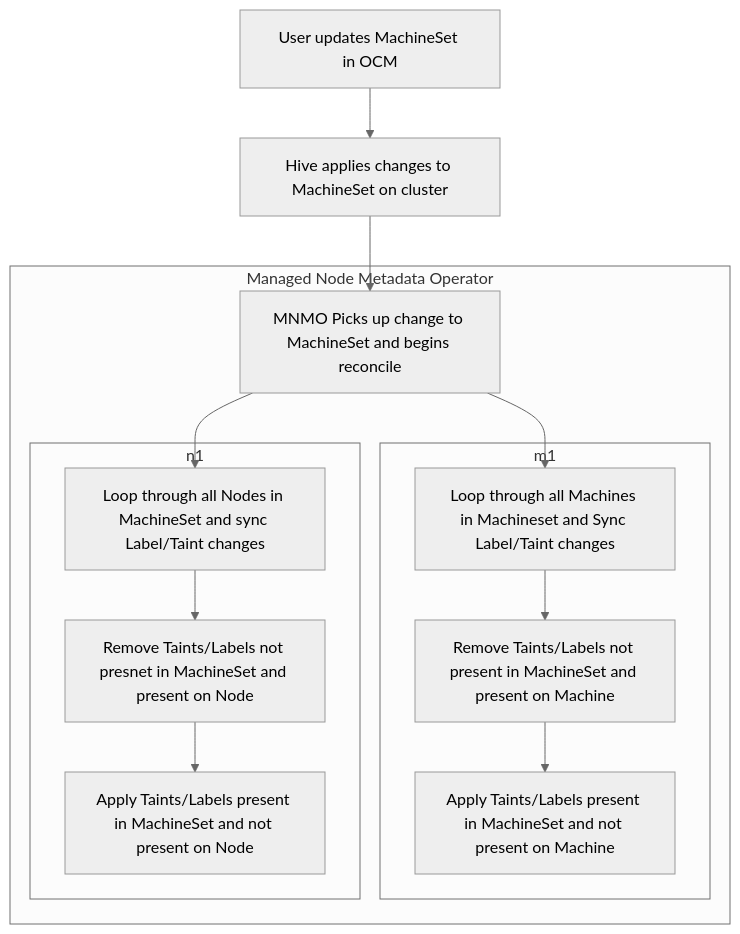
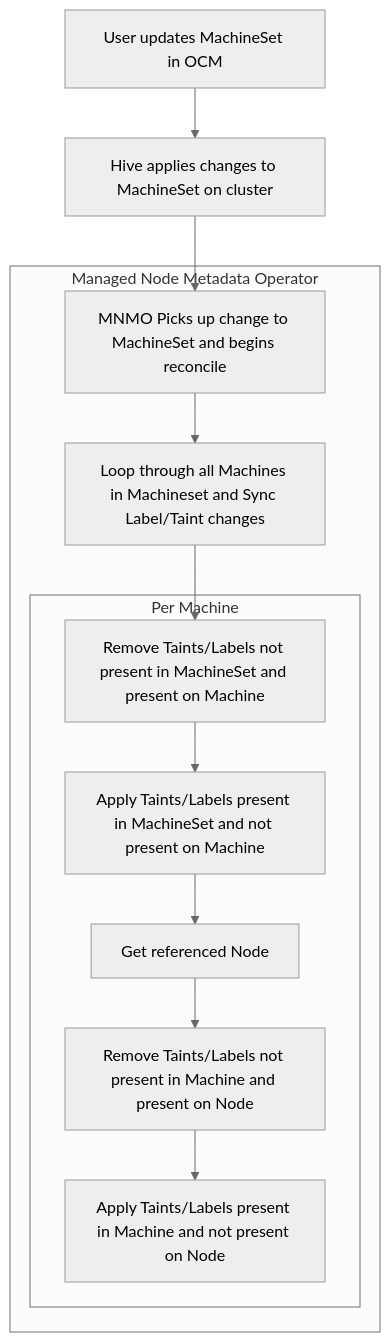
Before and after one commit to openshift/managed-node-metadata-operator: the diagram in README.md, drawn with Mermaid (neutral theme). The commit also changed 1 other file, not shown here.

Commit message:
Update registry base image

````diff
--- a/README.md
+++ b/README.md
@@ -13,17 +13,15 @@
 ```mermaid
 flowchart TD
     A[User updates MachineSet in OCM] --> B[Hive applies changes to MachineSet on cluster]
     B --> C;
     subgraph Managed Node Metadata Operator
       C[MNMO Picks up change to MachineSet and begins reconcile] --> D[Loop through all Machines in Machineset and Sync Label/Taint changes];
-      subgraph m1
         D --> E[Remove Taints/Labels not present in MachineSet and present on Machine];
+      subgraph Per Machine
         E --> F[Apply Taints/Labels present in MachineSet and not present on Machine];
-      end
-      C --> G[Loop through all Nodes in MachineSet and sync Label/Taint changes];
-      subgraph n1
-        G --> H[Remove Taints/Labels not presnet in MachineSet and present on Node];
-        H --> I[Apply Taints/Labels present in MachineSet and not present on Node];
+        F --> G[Get referenced Node]
+        G --> H[Remove Taints/Labels not present in Machine and present on Node];
+        H --> I[Apply Taints/Labels present in Machine and not present on Node];
       end
     end
 ```
````
